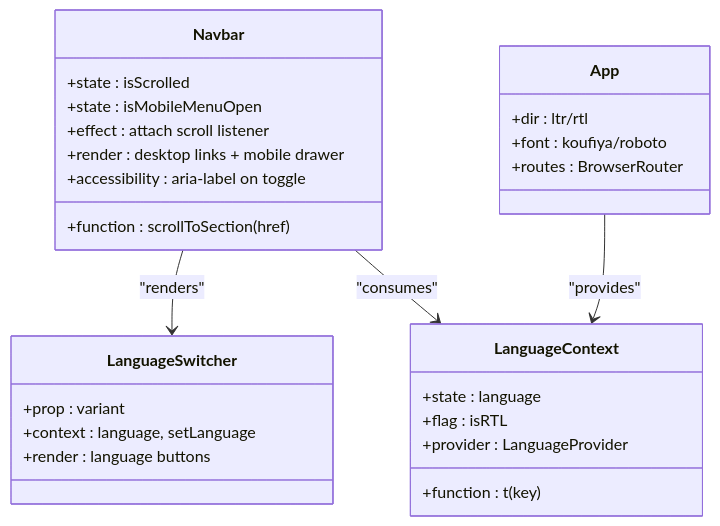
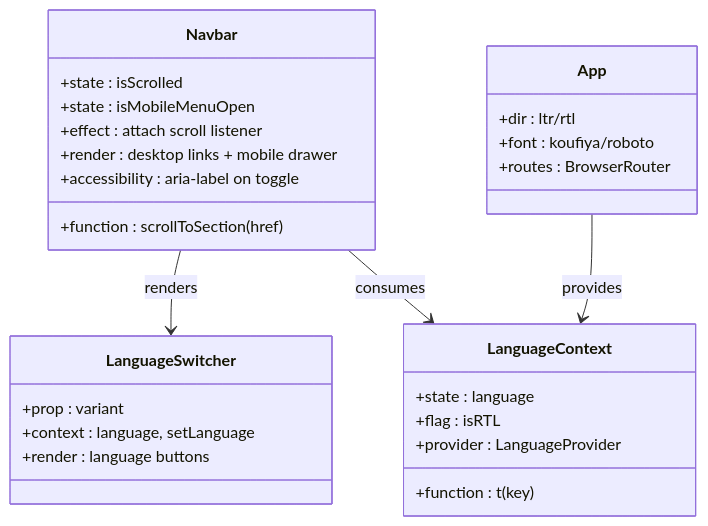
The third of 6 diagrams in .qoder/repowiki/en/content/Routing & Navigation/Navigation Components/Navbar Component.md (mohjak/sc-dof), drawn with Mermaid before and after one commit. The commit also changed other lines of this file and 68 other files, not shown here.

First line of the commit message:
docs(docs): update component architecture docs with markdown formatting fixes

````diff
--- a/.qoder/repowiki/en/content/Routing & Navigation/Navigation Components/Navbar Component.md
+++ b/.qoder/repowiki/en/content/Routing & Navigation/Navigation Components/Navbar Component.md
@@ -211,30 +209,30 @@
 ```mermaid
 classDiagram
 class Navbar {
 +state : isScrolled
 +state : isMobileMenuOpen
 +effect : attach scroll listener
 +function : scrollToSection(href)
 +render : desktop links + mobile drawer
 +accessibility : aria-label on toggle
 }
 class LanguageSwitcher {
 +prop : variant
 +context : language, setLanguage
 +render : language buttons
 }
 class LanguageContext {
 +state : language
 +function : t(key)
 +flag : isRTL
 +provider : LanguageProvider
 }
 class App {
 +dir : ltr/rtl
 +font : koufiya/roboto
 +routes : BrowserRouter
 }
-Navbar --> LanguageSwitcher : "renders"
-Navbar --> LanguageContext : "consumes"
-App --> LanguageContext : "provides"
+Navbar --> LanguageSwitcher : renders
+Navbar --> LanguageContext : consumes
+App --> LanguageContext : provides
 ```
````
